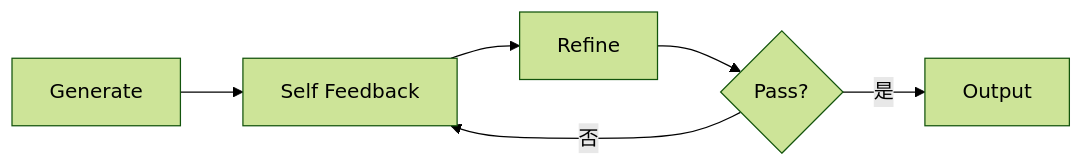
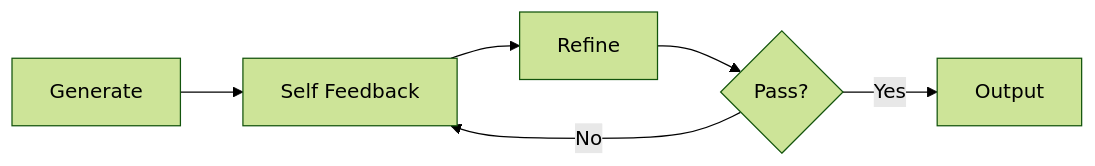
One commit to oneleaveknowsthefall/awesome-ai-roadmap changed diagram 16 of 23 in docs/agent/02-reasoning-planning/12-agent-reflection.md. Above: the diagram before and after it, drawn with Mermaid (forest theme). The commit also changed other lines of this file and 68 other files, not shown here.

````diff
--- a/docs/agent/02-reasoning-planning/12-agent-reflection.md
+++ b/docs/agent/02-reasoning-planning/12-agent-reflection.md
@@ -729,8 +727,8 @@
 ```mermaid
 flowchart LR
     G[Generate] --> F[Self Feedback]
     F --> R[Refine]
     R --> V{Pass?}
-    V -->|否| F
-    V -->|是| OUT[Output]
+    V -->|No| F
+    V -->|Yes| OUT[Output]
 ```
````
